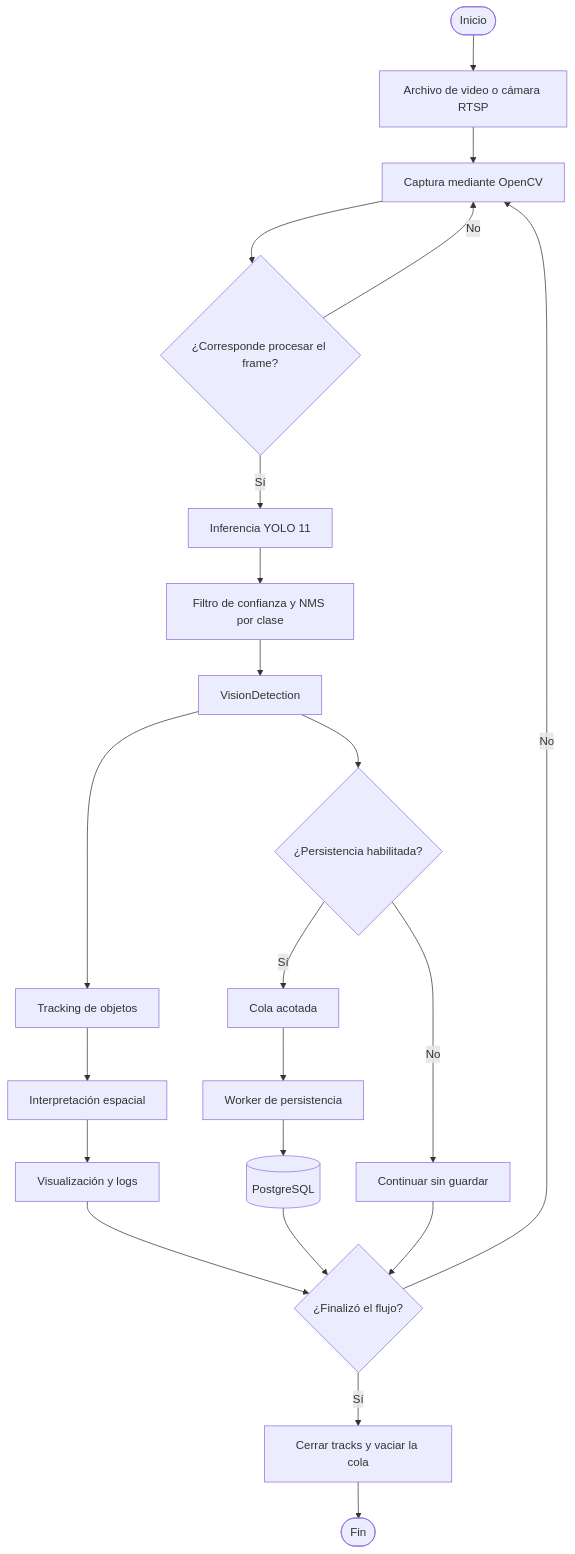
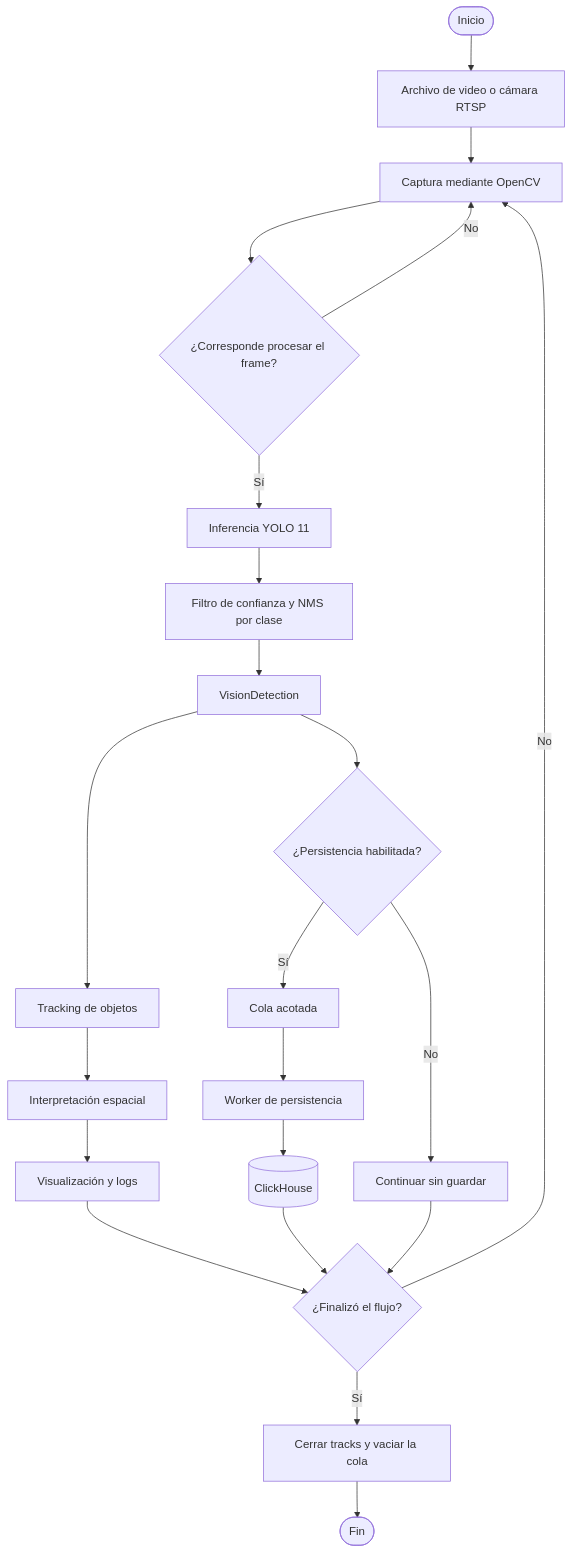
The first of 9 diagrams in docs/FLOWS.md (dfr2098/broder), drawn with Mermaid before and after one commit. The commit also changed other lines of this file and 28 other files, not shown here.

First line of the commit message:
Replace PostgreSQL temporal store with ClickHouse via Jaiva.

````diff
--- a/docs/FLOWS.md
+++ b/docs/FLOWS.md
@@ -23,27 +23,27 @@
 ```mermaid
 flowchart TD
     START([Inicio]) --> SRC[Archivo de video o cámara RTSP]
     SRC --> CAP[Captura mediante OpenCV]
     CAP --> SAMPLE{¿Corresponde procesar el frame?}
     SAMPLE -->|No| CAP
     SAMPLE -->|Sí| YOLO[Inferencia YOLO 11]
     YOLO --> FILTER[Filtro de confianza y NMS por clase]
     FILTER --> DET[VisionDetection]
 
     DET --> TRACK[Tracking de objetos]
     TRACK --> SPATIAL[Interpretación espacial]
     SPATIAL --> OUTPUT[Visualización y logs]
 
     DET --> PERSIST{¿Persistencia habilitada?}
     PERSIST -->|Sí| QUEUE[Cola acotada]
     QUEUE --> WORKER[Worker de persistencia]
-    WORKER --> PG[(PostgreSQL)]
+    WORKER --> PG[(ClickHouse)]
     PERSIST -->|No| CONTINUE[Continuar sin guardar]
 
     OUTPUT --> NEXT{¿Finalizó el flujo?}
     PG --> NEXT
     CONTINUE --> NEXT
     NEXT -->|No| CAP
     NEXT -->|Sí| CLOSE[Cerrar tracks y vaciar la cola]
     CLOSE --> END([Fin])
 ```
````
